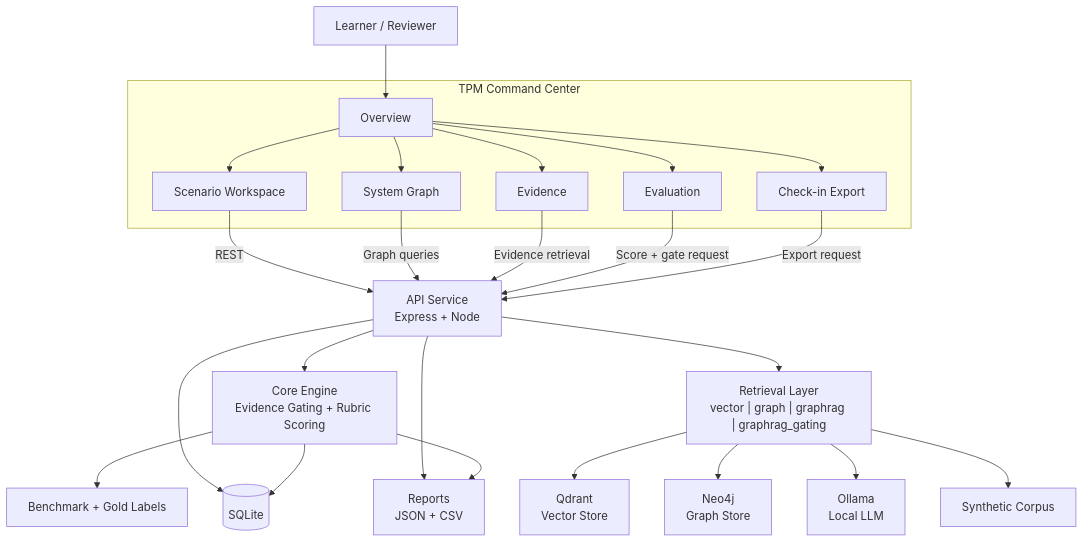
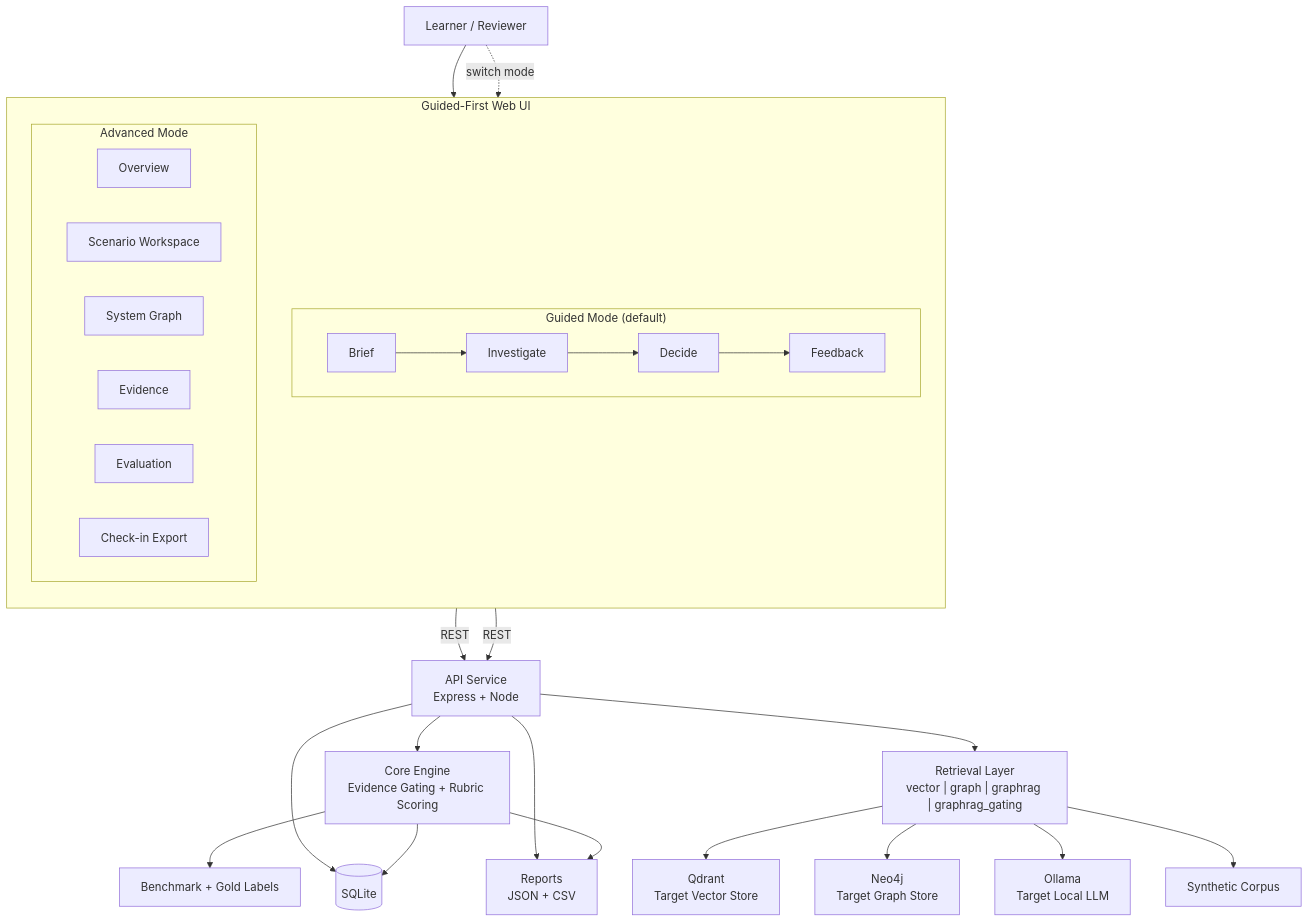
Before and after one commit to asharma3084/OmniMentor-Learning-Platform: the diagram in README.md, drawn with Mermaid. The commit also changed other lines of this file and 36 other files, not shown here.

Commit message:
Refine guided learning flow and align runtime docs

````diff
--- a/README.md
+++ b/README.md
@@ -92,48 +94,51 @@
 ```mermaid
 flowchart TB
   U["Learner / Reviewer"]
-  subgraph UI["TPM Command Center"]
-    DASH["Overview"]
-    WS["Scenario Workspace"]
-    SG["System Graph"]
-    EV["Evidence"]
-    EVAL["Evaluation"]
-    EXP["Check-in Export"]
+  subgraph UI["Guided-First Web UI"]
+    direction TB
+    subgraph GUIDED["Guided Mode (default)"]
+      B["Brief"]
+      INV["Investigate"]
+      DEC["Decide"]
+      FB["Feedback"]
+      B --> INV --> DEC --> FB
+    end
+    subgraph ADV["Advanced Mode"]
+      DASH["Overview"]
+      WS["Scenario Workspace"]
+      SG["System Graph"]
+      EV["Evidence"]
+      EVAL["Evaluation"]
+      EXP["Check-in Export"]
+    end
   end
 
   A["API Service\nExpress + Node"]
   C["Core Engine\nEvidence Gating + Rubric Scoring"]
   R["Retrieval Layer\nvector | graph | graphrag | graphrag_gating"]
-  LLM["Ollama\nLocal LLM"]
-  NEO["Neo4j\nGraph Store"]
-  QD["Qdrant\nVector Store"]
+  LLM["Ollama\nTarget Local LLM"]
+  NEO["Neo4j\nTarget Graph Store"]
+  QD["Qdrant\nTarget Vector Store"]
   DB[("SQLite")]
   DS["Synthetic Corpus"]
   BM["Benchmark + Gold Labels"]
   REP["Reports\nJSON + CSV"]
 
-  U --> DASH
-  DASH --> WS
-  DASH --> SG
-  DASH --> EV
-  DASH --> EVAL
-  DASH --> EXP
+  U --> GUIDED
+  U -.->|switch mode| ADV
 
-  WS -->|REST| A
-  SG -->|Graph queries| A
-  EV -->|Evidence retrieval| A
-  EVAL -->|Score + gate request| A
-  EXP -->|Export request| A
+  GUIDED -->|REST| A
+  ADV -->|REST| A
 
   A --> C
   A --> R
   A --> DB
   R --> QD
   R --> NEO
   R --> LLM
   R --> DS
   C --> BM
   C --> DB
   A --> REP
   C --> REP
 ```
````
